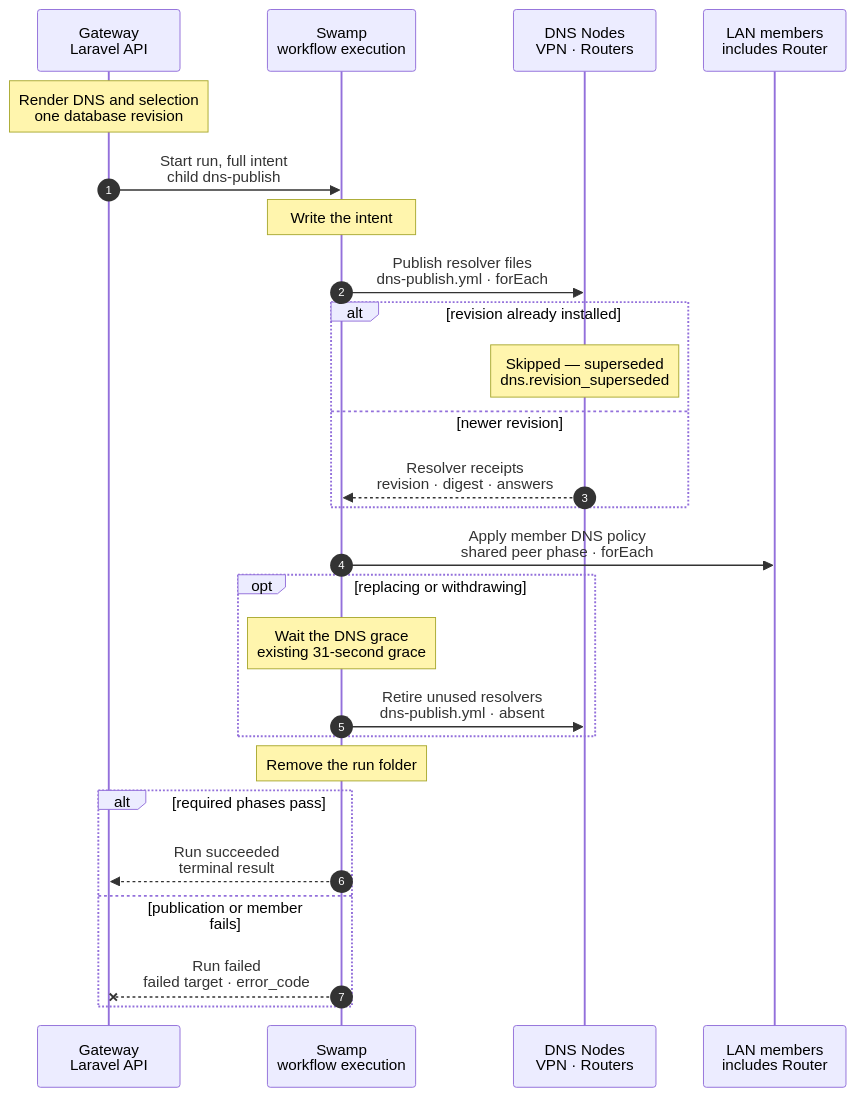
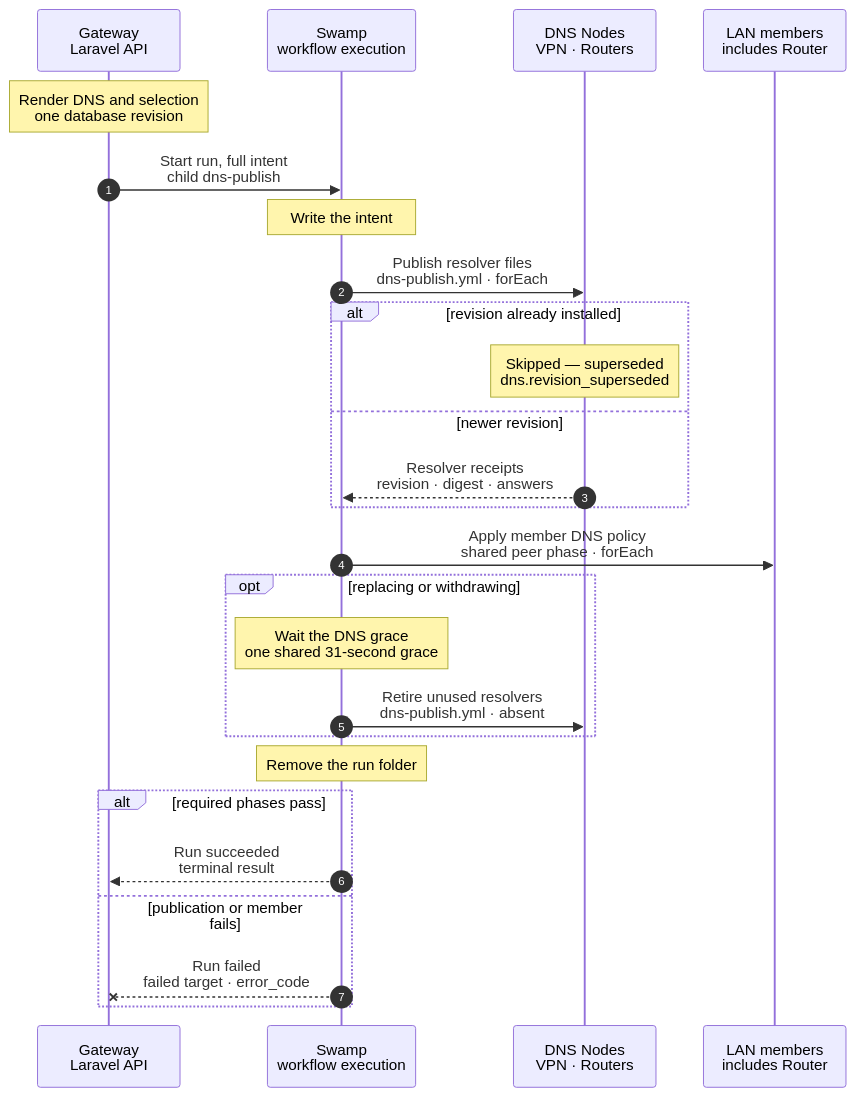
Before and after one commit to hardimpactdev/orbit: the diagram in docs/cli/dns/publish.mmd, drawn with Mermaid. The commit also changed 6 other files, not shown here.

Commit message:
docs: fix Cluster DNS handover and retirement design

```diff
--- a/docs/cli/dns/publish.mmd
+++ b/docs/cli/dns/publish.mmd
@@ -1,87 +1,89 @@
 sequenceDiagram
   %% Target design: ADR 0248, Cluster router resolver amendment. Shared publication with Cluster-only DNS delegates and no automatic VPN fallback.
   %% Tightened: flow-tighten rules 18, 22, 27, 28: one phase per target, parallel targets, shared peer policy, retain old paths until members confirm.
   %% status: draft
   %% command: none · shared DNS publication
   %% kind: dns.publish
   autonumber
   %% lane GW icon=gateway pill=intent tone=blue
   %% lane SW icon=workflow pill=executes tone=green
   %% lane N icon=server pill=target tone=amber
   %% lane M icon=server pill=target tone=purple
   participant GW as Gateway<br/>Laravel API
   participant SW as Swamp<br/>workflow execution
   participant N as DNS Nodes<br/>VPN · Routers
   participant M as LAN members<br/>includes Router
   Note over GW: Render DNS and selection<br/>one database revision
   %%> What it does:
   %%> - reads stored desired and pending Route, Cluster, Router and membership rows in the revision transaction
   %%> - builds the VPN WireGuard answers, Router LAN answers for its LAN members, and each member's Cluster delegate and remaining VPN policy from one address-selection rule
   %%> - includes explicit retirement targets from unfinished transitions; a missing row alone never authorizes deletion
   GW->>SW: Start run, full intent<br/>child dns-publish
   %%> Inputs:
   %%> - revision, target renders, member policies, expected answers and pinned SSH connections; no step fetches intent from the Gateway
   %%> - the owning command retains its lifecycle lock and receives this child's terminal result
   Note over SW: Write the intent
   %%> What it does:
   %%> - writes private run files and ships the existing Ansible assets once
   SW->>N: Publish resolver files<br/>dns-publish.yml · forEach
   %%> How:
   %%> - independent VPN and Router targets run in parallel; each target takes its DNS lock and validates, snapshots, installs and checks in one phase
   %%> - the Router's isolated unit binds its LAN address only and forwards unmatched names directly to VPN DNS; VPN DNS never forwards back
   %%> - reuse the templates, revision check, reload-on-change and local recovery; only unit, paths, bind set and upstream policy differ
   %%> Result:
   %%> - answers checked over UDP and TCP; A, AAAA NODATA, exact-name descendants and nested TLD exceptions match the target render
   alt revision already installed
     %% path: superseded
     Note over N: Skipped — superseded<br/>dns.revision_superseded
     %%> Result:
     %%> - no write or reload; receipt names the actual revision and projection digest
     %%> - only matching effective projections authorize dependent member selection or retirement; an obsolete run cannot remove a newer resolver
   else newer revision
     %% path: newer-revision
     N-->>SW: Resolver receipts<br/>revision · digest · answers
     %%> Result:
     %%> - records the revision last, after checks; record-only changes use SIGHUP and unchanged content leaves the PID alone
     %%> - a changed startup configuration restarts only that resolver; the snapshot remains until the phase commits
   end
   SW->>M: Apply member DNS policy<br/>shared peer phase · forEach
   %%> When:
   %%> - only changed member policies, after their required resolver projections pass; the lifecycle caller waits for every affected member
   %%> What it does:
-  %%> - persists one Cluster-only DNS delegate with the Router LAN address as its sole server, plus the remaining WireGuard policy; never leaves equal suffixes on both scopes
+  %%> - persists one Cluster-only DNS delegate with the Router LAN address as its sole server, plus the remaining WireGuard policy; leaves no equal suffixes on both scopes at steady state; withdrawal activates the full VPN policy before removing the delegate, allowing brief private overlap
   %%> - checks uncached Cluster A and AAAA, another private name, public resolution and the actual selected scope in the same phase
   %%> Unsupported members:
   %%> - systemd below 258 or missing delegate support keeps VPN selection; returns dns.cluster_delegate_unsupported and Doctor reports it
   %%> Runtime failure:
   %%> - Cluster resolver or LAN failure makes selected Cluster lookups fail until repair; Doctor reports it and no automatic VPN fallback runs
   opt replacing or withdrawing
     %% path: retire
-    Note over SW: Wait the DNS grace<br/>existing 31-second grace
+    Note over SW: Wait the DNS grace<br/>one shared 31-second grace
     %%> Why:
     %%> - every affected member has confirmed its new policy before cached answers to the old address can expire
+    %%> - persist the last successful DNS selection time; retries wait only the remaining grace, while any newer successful selection resets the deadline
+    %%> - this shared barrier alone owns the wait; Route reconciliation and Router transitions consume it without another grace
     %%> - if any member fails or is offline, no retirement runs and the old resolver, sites and LAN rules remain
     SW->>N: Retire unused resolvers<br/>dns-publish.yml · absent
     %%> What it does:
     %%> - removes only the explicitly retired unit and files; never touches stock dnsmasq, Incus or another Cluster
     %%> - the owning command can then retire the old Router sites and prune its LAN rules
   end
   Note over SW: Remove the run folder
   %%> How:
   %%> - native completed dependencies remove disposable intent and assets after work stops, including on failure
   %%> - public receipts come from the phases; no separate reporting or assertion script
   alt required phases pass
     %% path: succeeded
     SW-->>GW: Run succeeded<br/>terminal result
     %%> Result:
     %%> - the shared reader projects each applied revision and digest; the owner may finish its transition
   else publication or member fails
     %% path: failed
     SW--xGW: Run failed<br/>failed target · error_code
     %%> On the Node:
     %%> - a failed changed phase restores its own captured files and live policy; a failed restore retains its snapshot and reports dns.rollback_failed
     %%> - successful targets remain applied; the old Router and DNS stay reachable while any member still selects them
     %%> Retry:
     %%> - keep the unfinished transition and receipts; resume or render fresh stored state with a newer revision
     %%> - never replay an older whole-fleet snapshot over later changes; cleanup failure stays visible
   end
```
